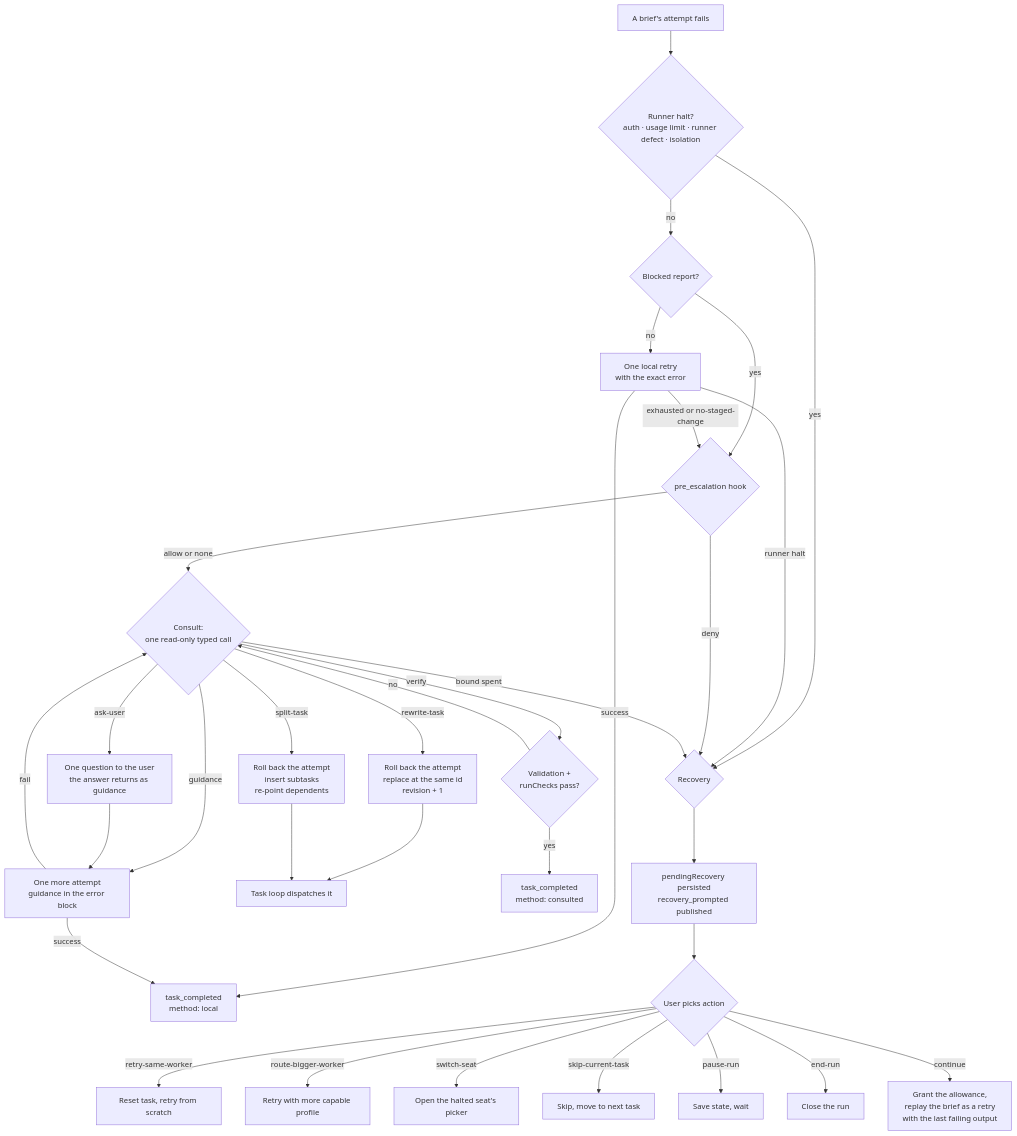
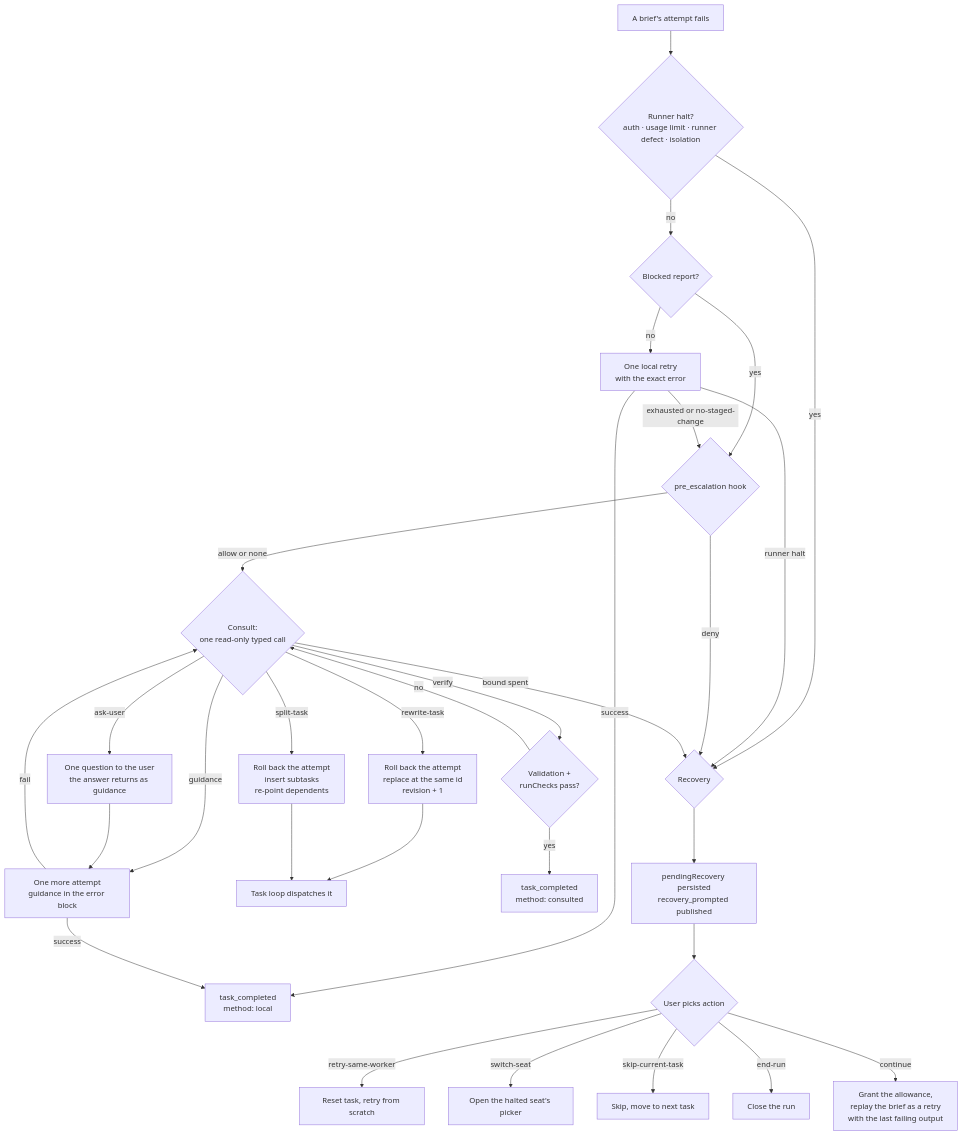
The diagram in docs/APPROVAL-AND-RECOVERY.md (b4r7x/splitbrief), drawn with Mermaid before and after one commit. The commit also changed other lines of this file and 641 other files, not shown here.

````diff
--- a/docs/APPROVAL-AND-RECOVERY.md
+++ b/docs/APPROVAL-AND-RECOVERY.md
@@ -113,35 +113,33 @@
 ```mermaid
 flowchart TD
     F[A brief's attempt fails] --> H{Runner halt?<br/>auth · usage limit · runner defect · isolation}
     H -->|yes| REC{Recovery}
     H -->|no| B{Blocked report?}
     B -->|yes| HK{pre_escalation hook}
     B -->|no| LR[One local retry<br/>with the exact error]
     LR -->|success| DONE[task_completed<br/>method: local]
     LR -->|runner halt| REC
     LR -->|exhausted or no-staged-change| HK
     HK -->|deny| REC
     HK -->|allow or none| C{Consult:<br/>one read-only typed call}
     C -->|guidance| HR[One more attempt<br/>guidance in the error block]
     HR -->|success| DONE
     HR -->|fail| C
     C -->|rewrite-task| RW[Roll back the attempt<br/>replace at the same id<br/>revision + 1]
     RW --> LOOP[Task loop dispatches it]
     C -->|split-task| SP[Roll back the attempt<br/>insert subtasks<br/>re-point dependents]
     SP --> LOOP
     C -->|verify| V{Validation +<br/>runChecks pass?}
     V -->|yes| DONEC[task_completed<br/>method: consulted]
     V -->|no| C
     C -->|ask-user| ASK[One question to the user<br/>the answer returns as guidance]
     ASK --> HR
     C -->|bound spent| REC
     REC --> PROMPT[pendingRecovery persisted<br/>recovery_prompted published]
     PROMPT --> USER{User picks action}
     USER -->|retry-same-worker| RESET[Reset task, retry from scratch]
-    USER -->|route-bigger-worker| BIGGER[Retry with more capable profile]
     USER -->|switch-seat| SWITCH[Open the halted seat's picker]
     USER -->|skip-current-task| SKIP[Skip, move to next task]
-    USER -->|pause-run| PAUSE[Save state, wait]
     USER -->|end-run| ABORT[Close the run]
     USER -->|continue| CONT[Grant the allowance,<br/>replay the brief as a retry<br/>with the last failing output]
 ```
````
